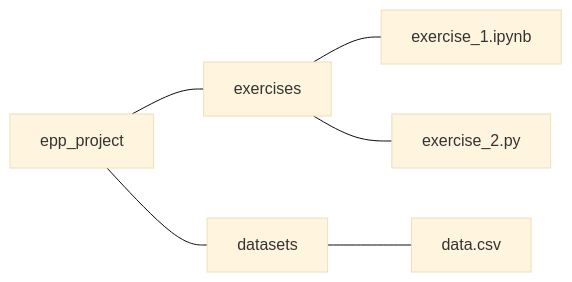
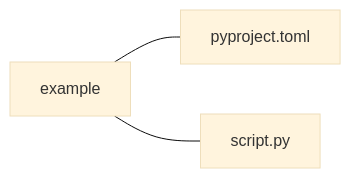
Before and after one commit to OpenSourceEconomics/epp_topics: the diagram in src/epp_topics/python_installation_execution/executing_py_vscode/screencast/slides.md, drawn with Mermaid (base theme). The commit also changed other lines of this file and 397 other files, not shown here.

````diff
--- a/src/epp_topics/python_installation_execution/executing_py_vscode/screencast/slides.md
+++ b/src/epp_topics/python_installation_execution/executing_py_vscode/screencast/slides.md
@@ -44,9 +48,6 @@
 ```mermaid {theme: 'dark', scale: 0.8}
 graph LR
     classDef highlight fill:#FF4500;
-    A["epp_project"] --- B["exercises"]
-    B["exercises"] --- C["exercise_1.ipynb"]
-    B["exercises"] --- D["exercise_2.py"]
-    A["epp_project"] --- E["datasets"]
-    E["datasets"] --- F["data.csv"]
+    A["example"] --- B["pyproject.toml"]
+    A --- C["script.py"]
 ```
````
